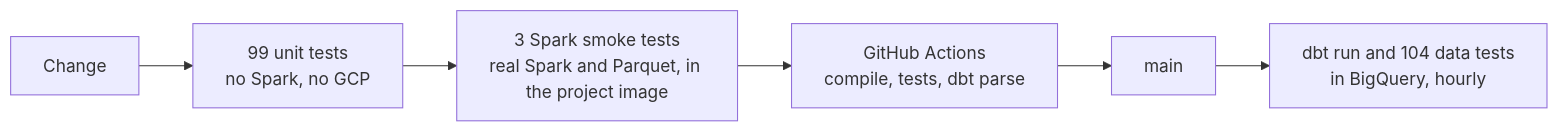
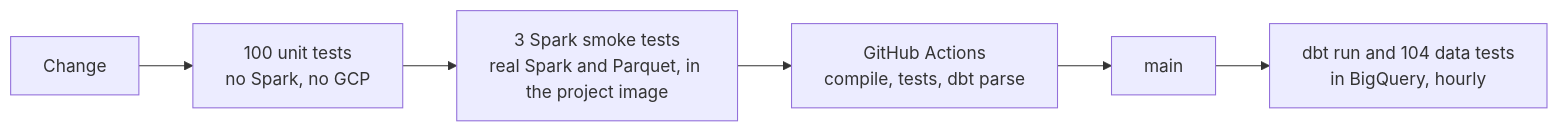
One commit to TomasRipsky/marineflow changed the fifth of 5 diagrams in README.md. Above: the diagram before and after it, drawn with Mermaid. The commit also changed other lines of this file and 6 other files, not shown here.

First line of the commit message:
External tables: declare the hive partition columns in the schema

````diff
--- a/README.md
+++ b/README.md
@@ -440,8 +440,8 @@
 ```mermaid
 flowchart LR
-    change["Change"] --> unit["99 unit tests<br/>no Spark, no GCP"]
+    change["Change"] --> unit["100 unit tests<br/>no Spark, no GCP"]
     unit --> smoke["3 Spark smoke tests<br/>real Spark and Parquet, in the project image"]
     smoke --> ci["GitHub Actions<br/>compile, tests, dbt parse"]
     ci --> main["main"]
     main --> dbt["dbt run and 104 data tests<br/>in BigQuery, hourly"]
 ```
````
